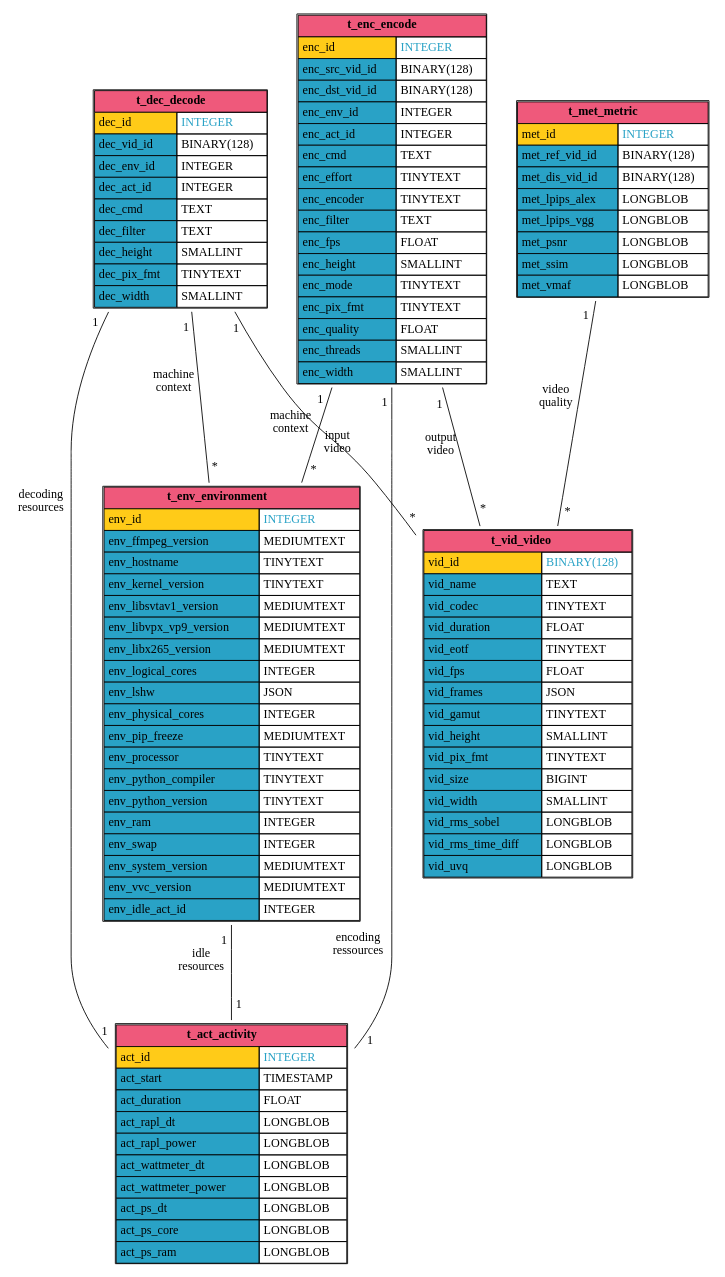
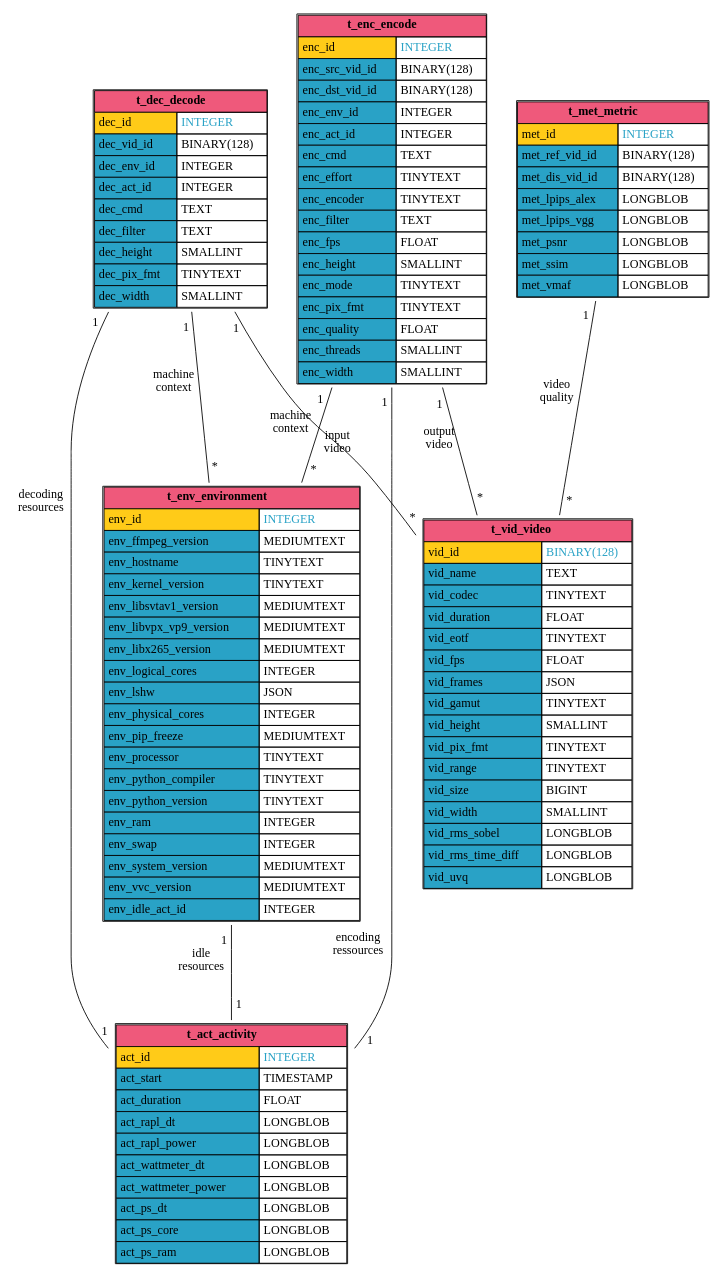
Before and after one commit to robinechuca/mendevi: the diagram in docs/media/sql_database.dot, drawn with Graphviz. The commit also changed 3 other files, not shown here.

Commit message:
add vid_range in probe

```diff
--- a/docs/media/sql_database.dot
+++ b/docs/media/sql_database.dot
@@ -1,131 +1,132 @@
 # dot -Tsvg sql_database.dot > sql_database.svg
 graph database {
   node [shape=plaintext]
   t_act_activity [
     label=<
       <TABLE BORDER="1" CELLBORDER="1" CELLSPACING="0" CELLPADDING="4">
         <TR><TD COLSPAN="2" BGCOLOR="#ef597b"><B>t_act_activity</B></TD></TR>
         <TR><TD ALIGN="LEFT" BGCOLOR="#ffcb18">act_id</TD><TD ALIGN="LEFT"><FONT COLOR="#29a2c6">INTEGER</FONT></TD></TR>
         <TR><TD ALIGN="LEFT" BGCOLOR="#29a2c6">act_start</TD><TD ALIGN="LEFT">TIMESTAMP</TD></TR>
         <TR><TD ALIGN="LEFT" BGCOLOR="#29a2c6">act_duration</TD><TD ALIGN="LEFT">FLOAT</TD></TR>
         <TR><TD ALIGN="LEFT" BGCOLOR="#29a2c6">act_rapl_dt</TD><TD ALIGN="LEFT">LONGBLOB</TD></TR>
         <TR><TD ALIGN="LEFT" BGCOLOR="#29a2c6">act_rapl_power</TD><TD ALIGN="LEFT">LONGBLOB</TD></TR>
         <TR><TD ALIGN="LEFT" BGCOLOR="#29a2c6">act_wattmeter_dt</TD><TD ALIGN="LEFT">LONGBLOB</TD></TR>
         <TR><TD ALIGN="LEFT" BGCOLOR="#29a2c6">act_wattmeter_power</TD><TD ALIGN="LEFT">LONGBLOB</TD></TR>
         <TR><TD ALIGN="LEFT" BGCOLOR="#29a2c6">act_ps_dt</TD><TD ALIGN="LEFT">LONGBLOB</TD></TR>
         <TR><TD ALIGN="LEFT" BGCOLOR="#29a2c6">act_ps_core</TD><TD ALIGN="LEFT">LONGBLOB</TD></TR>
         <TR><TD ALIGN="LEFT" BGCOLOR="#29a2c6">act_ps_ram</TD><TD ALIGN="LEFT">LONGBLOB</TD></TR>
       </TABLE>
     >
   ];
   t_vid_video [
     label=<
       <TABLE BORDER="1" CELLBORDER="1" CELLSPACING="0" CELLPADDING="4">
         <TR><TD COLSPAN="2" BGCOLOR="#ef597b"><B>t_vid_video</B></TD></TR>
         <TR><TD ALIGN="LEFT" BGCOLOR="#ffcb18">vid_id</TD><TD ALIGN="LEFT"><FONT COLOR="#29a2c6">BINARY(128)</FONT></TD></TR>
         <TR><TD ALIGN="LEFT" BGCOLOR="#29a2c6">vid_name</TD><TD ALIGN="LEFT">TEXT</TD></TR>
         <TR><TD ALIGN="LEFT" BGCOLOR="#29a2c6">vid_codec</TD><TD ALIGN="LEFT">TINYTEXT</TD></TR>
         <TR><TD ALIGN="LEFT" BGCOLOR="#29a2c6">vid_duration</TD><TD ALIGN="LEFT">FLOAT</TD></TR>
         <TR><TD ALIGN="LEFT" BGCOLOR="#29a2c6">vid_eotf</TD><TD ALIGN="LEFT">TINYTEXT</TD></TR>
         <TR><TD ALIGN="LEFT" BGCOLOR="#29a2c6">vid_fps</TD><TD ALIGN="LEFT">FLOAT</TD></TR>
         <TR><TD ALIGN="LEFT" BGCOLOR="#29a2c6">vid_frames</TD><TD ALIGN="LEFT">JSON</TD></TR>
         <TR><TD ALIGN="LEFT" BGCOLOR="#29a2c6">vid_gamut</TD><TD ALIGN="LEFT">TINYTEXT</TD></TR>
         <TR><TD ALIGN="LEFT" BGCOLOR="#29a2c6">vid_height</TD><TD ALIGN="LEFT">SMALLINT</TD></TR>
         <TR><TD ALIGN="LEFT" BGCOLOR="#29a2c6">vid_pix_fmt</TD><TD ALIGN="LEFT">TINYTEXT</TD></TR>
+        <TR><TD ALIGN="LEFT" BGCOLOR="#29a2c6">vid_range</TD><TD ALIGN="LEFT">TINYTEXT</TD></TR>
         <TR><TD ALIGN="LEFT" BGCOLOR="#29a2c6">vid_size</TD><TD ALIGN="LEFT">BIGINT</TD></TR>
         <TR><TD ALIGN="LEFT" BGCOLOR="#29a2c6">vid_width</TD><TD ALIGN="LEFT">SMALLINT</TD></TR>
         <TR><TD ALIGN="LEFT" BGCOLOR="#29a2c6">vid_rms_sobel</TD><TD ALIGN="LEFT">LONGBLOB</TD></TR>
         <TR><TD ALIGN="LEFT" BGCOLOR="#29a2c6">vid_rms_time_diff</TD><TD ALIGN="LEFT">LONGBLOB</TD></TR>
         <TR><TD ALIGN="LEFT" BGCOLOR="#29a2c6">vid_uvq</TD><TD ALIGN="LEFT">LONGBLOB</TD></TR>
       </TABLE>
     >
   ];
   t_met_metric [
     label=<
       <TABLE BORDER="1" CELLBORDER="1" CELLSPACING="0" CELLPADDING="4">
         <TR><TD COLSPAN="2" BGCOLOR="#ef597b"><B>t_met_metric</B></TD></TR>
         <TR><TD ALIGN="LEFT" BGCOLOR="#ffcb18">met_id</TD><TD ALIGN="LEFT"><FONT COLOR="#29a2c6">INTEGER</FONT></TD></TR>
         <TR><TD ALIGN="LEFT" BGCOLOR="#29a2c6">met_ref_vid_id</TD><TD ALIGN="LEFT">BINARY(128)</TD></TR>
         <TR><TD ALIGN="LEFT" BGCOLOR="#29a2c6">met_dis_vid_id</TD><TD ALIGN="LEFT">BINARY(128)</TD></TR>
         <TR><TD ALIGN="LEFT" BGCOLOR="#29a2c6">met_lpips_alex</TD><TD ALIGN="LEFT">LONGBLOB</TD></TR>
         <TR><TD ALIGN="LEFT" BGCOLOR="#29a2c6">met_lpips_vgg</TD><TD ALIGN="LEFT">LONGBLOB</TD></TR>
         <TR><TD ALIGN="LEFT" BGCOLOR="#29a2c6">met_psnr</TD><TD ALIGN="LEFT">LONGBLOB</TD></TR>
         <TR><TD ALIGN="LEFT" BGCOLOR="#29a2c6">met_ssim</TD><TD ALIGN="LEFT">LONGBLOB</TD></TR>
         <TR><TD ALIGN="LEFT" BGCOLOR="#29a2c6">met_vmaf</TD><TD ALIGN="LEFT">LONGBLOB</TD></TR>
       </TABLE>
     >
   ];
   t_env_environment [
     label=<
       <TABLE BORDER="1" CELLBORDER="1" CELLSPACING="0" CELLPADDING="4">
         <TR><TD COLSPAN="2" BGCOLOR="#ef597b"><B>t_env_environment</B></TD></TR>
         <TR><TD ALIGN="LEFT" BGCOLOR="#ffcb18">env_id</TD><TD ALIGN="LEFT"><FONT COLOR="#29a2c6">INTEGER</FONT></TD></TR>
         <TR><TD ALIGN="LEFT" BGCOLOR="#29a2c6">env_ffmpeg_version</TD><TD ALIGN="LEFT">MEDIUMTEXT</TD></TR>
         <TR><TD ALIGN="LEFT" BGCOLOR="#29a2c6">env_hostname</TD><TD ALIGN="LEFT">TINYTEXT</TD></TR>
         <TR><TD ALIGN="LEFT" BGCOLOR="#29a2c6">env_kernel_version</TD><TD ALIGN="LEFT">TINYTEXT</TD></TR>
         <TR><TD ALIGN="LEFT" BGCOLOR="#29a2c6">env_libsvtav1_version</TD><TD ALIGN="LEFT">MEDIUMTEXT</TD></TR>
         <TR><TD ALIGN="LEFT" BGCOLOR="#29a2c6">env_libvpx_vp9_version</TD><TD ALIGN="LEFT">MEDIUMTEXT</TD></TR>
         <TR><TD ALIGN="LEFT" BGCOLOR="#29a2c6">env_libx265_version</TD><TD ALIGN="LEFT">MEDIUMTEXT</TD></TR>
         <TR><TD ALIGN="LEFT" BGCOLOR="#29a2c6">env_logical_cores</TD><TD ALIGN="LEFT">INTEGER</TD></TR>
         <TR><TD ALIGN="LEFT" BGCOLOR="#29a2c6">env_lshw</TD><TD ALIGN="LEFT">JSON</TD></TR>
         <TR><TD ALIGN="LEFT" BGCOLOR="#29a2c6">env_physical_cores</TD><TD ALIGN="LEFT">INTEGER</TD></TR>
         <TR><TD ALIGN="LEFT" BGCOLOR="#29a2c6">env_pip_freeze</TD><TD ALIGN="LEFT">MEDIUMTEXT</TD></TR>
         <TR><TD ALIGN="LEFT" BGCOLOR="#29a2c6">env_processor</TD><TD ALIGN="LEFT">TINYTEXT</TD></TR>
         <TR><TD ALIGN="LEFT" BGCOLOR="#29a2c6">env_python_compiler</TD><TD ALIGN="LEFT">TINYTEXT</TD></TR>
         <TR><TD ALIGN="LEFT" BGCOLOR="#29a2c6">env_python_version</TD><TD ALIGN="LEFT">TINYTEXT</TD></TR>
         <TR><TD ALIGN="LEFT" BGCOLOR="#29a2c6">env_ram</TD><TD ALIGN="LEFT">INTEGER</TD></TR>
         <TR><TD ALIGN="LEFT" BGCOLOR="#29a2c6">env_swap</TD><TD ALIGN="LEFT">INTEGER</TD></TR>
         <TR><TD ALIGN="LEFT" BGCOLOR="#29a2c6">env_system_version</TD><TD ALIGN="LEFT">MEDIUMTEXT</TD></TR>
         <TR><TD ALIGN="LEFT" BGCOLOR="#29a2c6">env_vvc_version</TD><TD ALIGN="LEFT">MEDIUMTEXT</TD></TR>
         <TR><TD ALIGN="LEFT" BGCOLOR="#29a2c6">env_idle_act_id</TD><TD ALIGN="LEFT">INTEGER</TD></TR>
       </TABLE>
     >
   ];
   t_dec_decode [
     label=<
       <TABLE BORDER="1" CELLBORDER="1" CELLSPACING="0" CELLPADDING="4">
         <TR><TD COLSPAN="2" BGCOLOR="#ef597b"><B>t_dec_decode</B></TD></TR>
         <TR><TD ALIGN="LEFT" BGCOLOR="#ffcb18">dec_id</TD><TD ALIGN="LEFT"><FONT COLOR="#29a2c6">INTEGER</FONT></TD></TR>
         <TR><TD ALIGN="LEFT" BGCOLOR="#29a2c6">dec_vid_id</TD><TD ALIGN="LEFT">BINARY(128)</TD></TR>
         <TR><TD ALIGN="LEFT" BGCOLOR="#29a2c6">dec_env_id</TD><TD ALIGN="LEFT">INTEGER</TD></TR>
         <TR><TD ALIGN="LEFT" BGCOLOR="#29a2c6">dec_act_id</TD><TD ALIGN="LEFT">INTEGER</TD></TR>
         <TR><TD ALIGN="LEFT" BGCOLOR="#29a2c6">dec_cmd</TD><TD ALIGN="LEFT">TEXT</TD></TR>
         <TR><TD ALIGN="LEFT" BGCOLOR="#29a2c6">dec_filter</TD><TD ALIGN="LEFT">TEXT</TD></TR>
         <TR><TD ALIGN="LEFT" BGCOLOR="#29a2c6">dec_height</TD><TD ALIGN="LEFT">SMALLINT</TD></TR>
         <TR><TD ALIGN="LEFT" BGCOLOR="#29a2c6">dec_pix_fmt</TD><TD ALIGN="LEFT">TINYTEXT</TD></TR>
         <TR><TD ALIGN="LEFT" BGCOLOR="#29a2c6">dec_width</TD><TD ALIGN="LEFT">SMALLINT</TD></TR>
       </TABLE>
     >
   ];
   t_enc_encode [
     label=<
       <TABLE BORDER="1" CELLBORDER="1" CELLSPACING="0" CELLPADDING="4">
         <TR><TD COLSPAN="2" BGCOLOR="#ef597b"><B>t_enc_encode</B></TD></TR>
         <TR><TD ALIGN="LEFT" BGCOLOR="#ffcb18">enc_id</TD><TD ALIGN="LEFT"><FONT COLOR="#29a2c6">INTEGER</FONT></TD></TR>
         <TR><TD ALIGN="LEFT" BGCOLOR="#29a2c6">enc_src_vid_id</TD><TD ALIGN="LEFT">BINARY(128)</TD></TR>
         <TR><TD ALIGN="LEFT" BGCOLOR="#29a2c6">enc_dst_vid_id</TD><TD ALIGN="LEFT">BINARY(128)</TD></TR>
         <TR><TD ALIGN="LEFT" BGCOLOR="#29a2c6">enc_env_id</TD><TD ALIGN="LEFT">INTEGER</TD></TR>
         <TR><TD ALIGN="LEFT" BGCOLOR="#29a2c6">enc_act_id</TD><TD ALIGN="LEFT">INTEGER</TD></TR>
         <TR><TD ALIGN="LEFT" BGCOLOR="#29a2c6">enc_cmd</TD><TD ALIGN="LEFT">TEXT</TD></TR>
         <TR><TD ALIGN="LEFT" BGCOLOR="#29a2c6">enc_effort</TD><TD ALIGN="LEFT">TINYTEXT</TD></TR>
         <TR><TD ALIGN="LEFT" BGCOLOR="#29a2c6">enc_encoder</TD><TD ALIGN="LEFT">TINYTEXT</TD></TR>
         <TR><TD ALIGN="LEFT" BGCOLOR="#29a2c6">enc_filter</TD><TD ALIGN="LEFT">TEXT</TD></TR>
         <TR><TD ALIGN="LEFT" BGCOLOR="#29a2c6">enc_fps</TD><TD ALIGN="LEFT">FLOAT</TD></TR>
         <TR><TD ALIGN="LEFT" BGCOLOR="#29a2c6">enc_height</TD><TD ALIGN="LEFT">SMALLINT</TD></TR>
         <TR><TD ALIGN="LEFT" BGCOLOR="#29a2c6">enc_mode</TD><TD ALIGN="LEFT">TINYTEXT</TD></TR>
         <TR><TD ALIGN="LEFT" BGCOLOR="#29a2c6">enc_pix_fmt</TD><TD ALIGN="LEFT">TINYTEXT</TD></TR>
         <TR><TD ALIGN="LEFT" BGCOLOR="#29a2c6">enc_quality</TD><TD ALIGN="LEFT">FLOAT</TD></TR>
         <TR><TD ALIGN="LEFT" BGCOLOR="#29a2c6">enc_threads</TD><TD ALIGN="LEFT">SMALLINT</TD></TR>
         <TR><TD ALIGN="LEFT" BGCOLOR="#29a2c6">enc_width</TD><TD ALIGN="LEFT">SMALLINT</TD></TR>
       </TABLE>
     >
   ];
   t_enc_encode -- t_act_activity [minlen=3, taillabel="1", headlabel="1", xlabel="encoding\nressources", labeldistance=2.0]
   t_enc_encode -- t_env_environment [minlen=3, taillabel="1", headlabel="*", xlabel="machine\ncontext", labeldistance=2.0]
   t_enc_encode -- t_vid_video [minlen=3, taillabel="1", headlabel="*", xlabel="output\nvideo", labeldistance=2.0]
   t_met_metric -- t_vid_video [minlen=3, taillabel="1", headlabel="*", xlabel="video\nquality", labeldistance=2.0]
   t_dec_decode -- t_act_activity [minlen=3, taillabel="1", headlabel="1", xlabel="decoding\nresources", labeldistance=2.0]
   t_dec_decode -- t_env_environment [minlen=3, taillabel="1", headlabel="*", xlabel="machine\ncontext", labeldistance=2.0]
   t_dec_decode -- t_vid_video [minlen=3, taillabel="1", headlabel="*", xlabel="input\nvideo", labeldistance=2.0]
   t_env_environment -- t_act_activity [minlen=3, taillabel="1", headlabel="1", xlabel="idle\nresources", labeldistance=2.0]
 }
```
